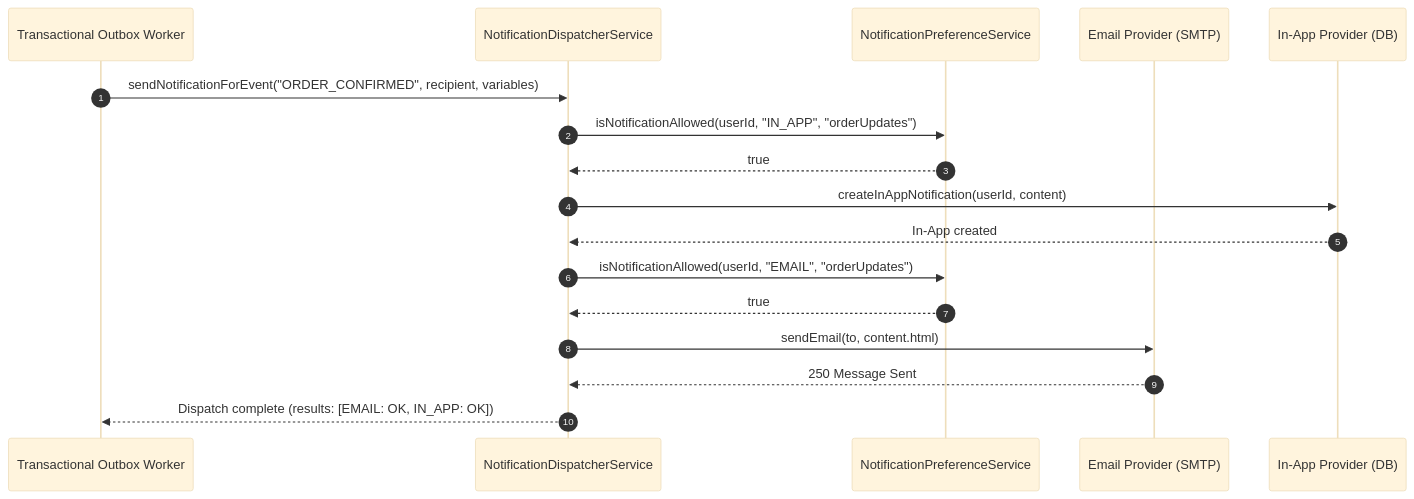
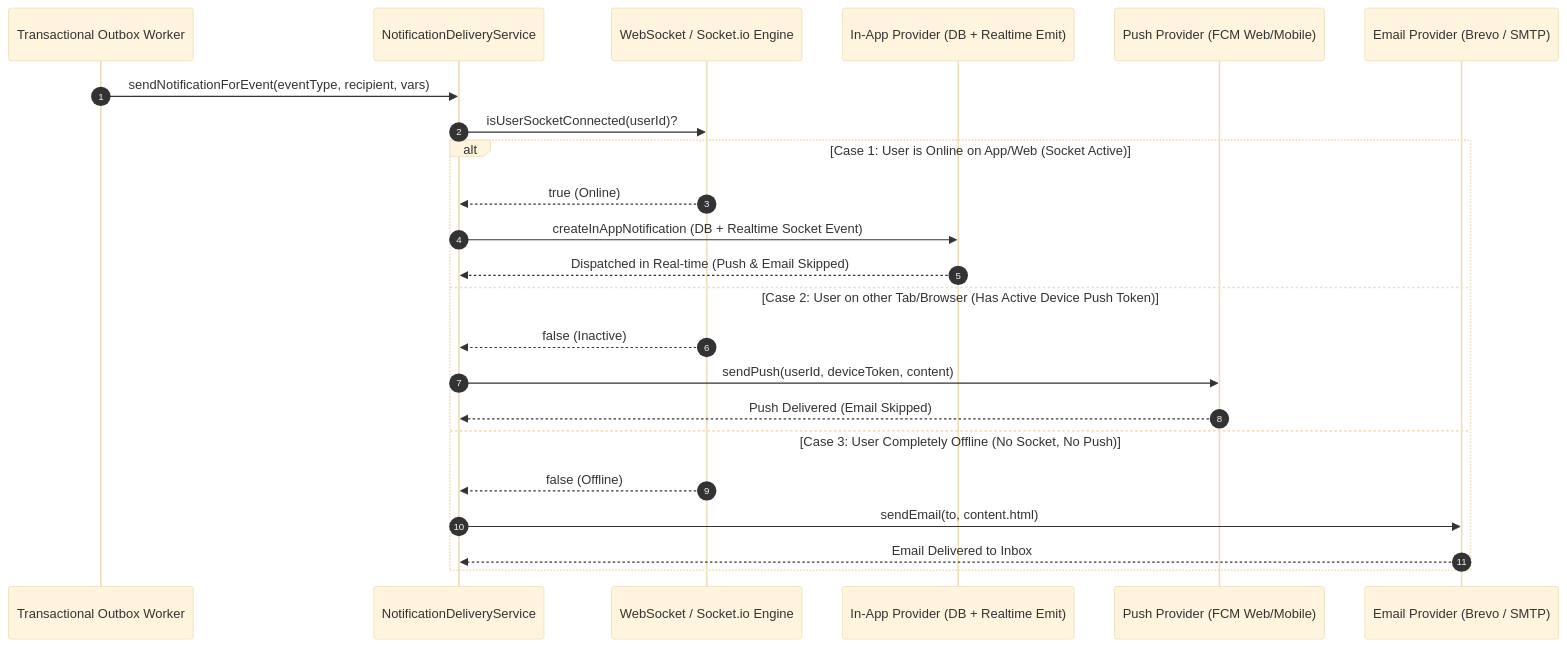
Before and after one commit to rahulkumar-techo/meeo-server: the first of 2 diagrams in src/modules/notifications/README.md, drawn with Mermaid (base theme). The commit also changed other lines of this file and 79 other files, not shown here.

Commit message:
feat(notifications): integrate Firebase Admin FCM push notifications with ImageKit logo and professional templates

````diff
--- a/src/modules/notifications/README.md
+++ b/src/modules/notifications/README.md
@@ -326,20 +434,27 @@
 ```mermaid
 sequenceDiagram
     autonumber
     participant Outbox as Transactional Outbox Worker
-    participant Svc as NotificationDispatcherService
-    participant Pref as NotificationPreferenceService
-    participant Email as Email Provider (SMTP)
-    participant InApp as In-App Provider (DB)
+    participant Svc as NotificationDeliveryService
+    participant Sockets as WebSocket / Socket.io Engine
+    participant InApp as In-App Provider (DB + Realtime Emit)
+    participant FCM as Push Provider (FCM Web/Mobile)
+    participant Email as Email Provider (Brevo / SMTP)
 
-    Outbox->>Svc: sendNotificationForEvent("ORDER_CONFIRMED", recipient, variables)
-    Svc->>Pref: isNotificationAllowed(userId, "IN_APP", "orderUpdates")
-    Pref-->>Svc: true
-    Svc->>InApp: createInAppNotification(userId, content)
-    InApp-->>Svc: In-App created
-    Svc->>Pref: isNotificationAllowed(userId, "EMAIL", "orderUpdates")
-    Pref-->>Svc: true
-    Svc->>Email: sendEmail(to, content.html)
-    Email-->>Svc: 250 Message Sent
-    Svc-->>Outbox: Dispatch complete (results: [EMAIL: OK, IN_APP: OK])
+    Outbox->>Svc: sendNotificationForEvent(eventType, recipient, vars)
+    Svc->>Sockets: isUserSocketConnected(userId)?
+
+    alt Case 1: User is Online on App/Web (Socket Active)
+        Sockets-->>Svc: true (Online)
+        Svc->>InApp: createInAppNotification (DB + Realtime Socket Event)
+        InApp-->>Svc: Dispatched in Real-time (Push & Email Skipped)
+    else Case 2: User on other Tab/Browser (Has Active Device Push Token)
+        Sockets-->>Svc: false (Inactive)
+        Svc->>FCM: sendPush(userId, deviceToken, content)
+        FCM-->>Svc: Push Delivered (Email Skipped)
+    else Case 3: User Completely Offline (No Socket, No Push)
+        Sockets-->>Svc: false (Offline)
+        Svc->>Email: sendEmail(to, content.html)
+        Email-->>Svc: Email Delivered to Inbox
+    end
 ```
````
